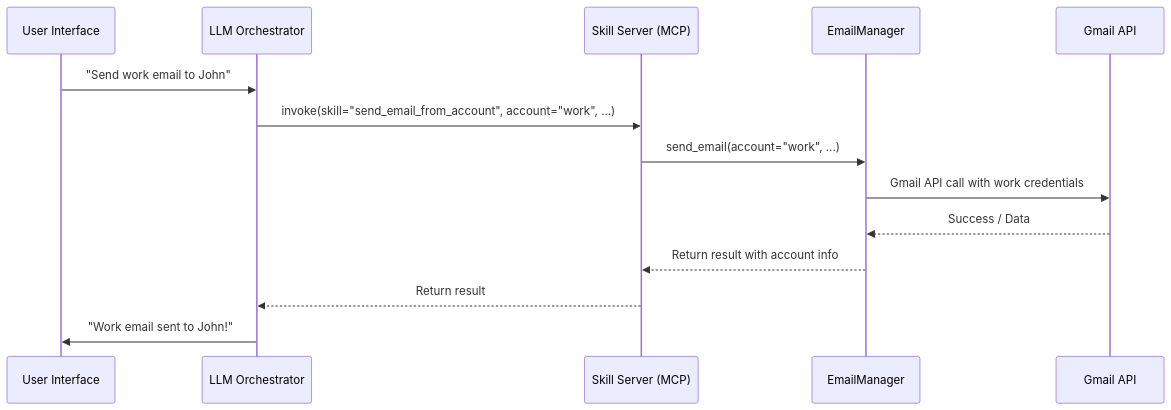
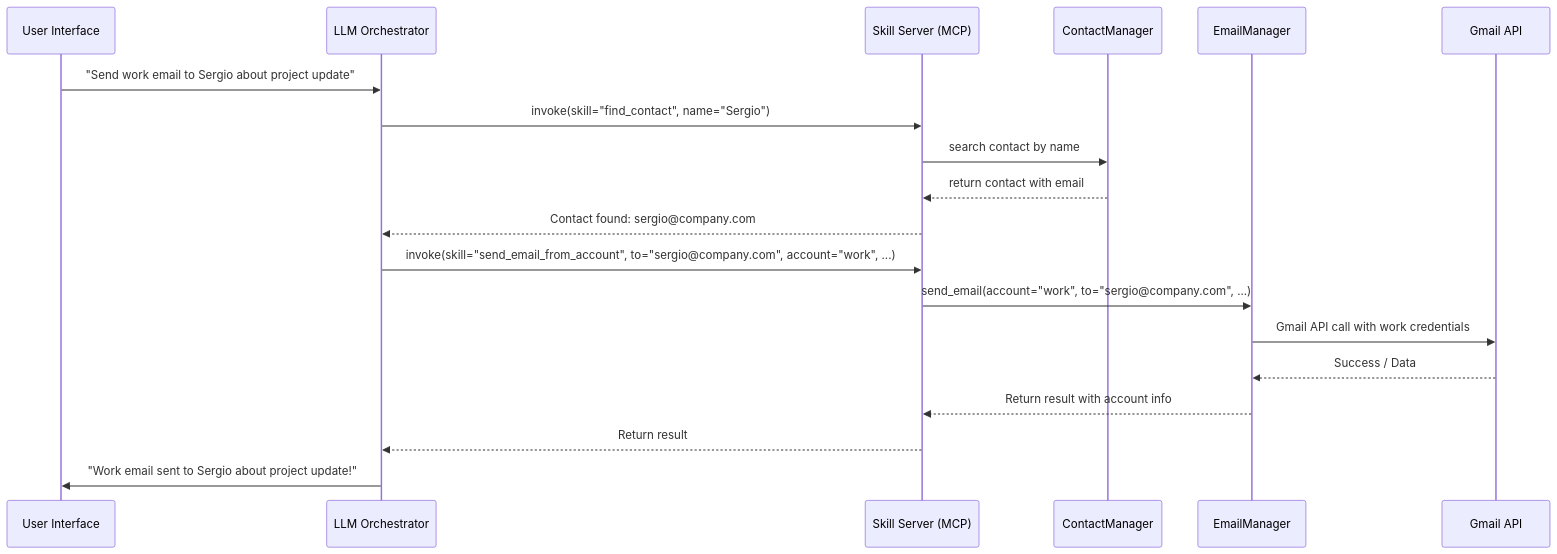
The third of 3 diagrams in ReadMe.md (ZihaoFU245/It-s-Friday-), drawn with Mermaid before and after one commit. The commit also changed other lines of this file, not shown here.

````diff
--- a/ReadMe.md
+++ b/ReadMe.md
@@ -80,17 +98,22 @@
 ```mermaid
 sequenceDiagram
     participant UI as User Interface
     participant LLM as LLM Orchestrator
     participant MCP as Skill Server (MCP)
+    participant CM as ContactManager
     participant EM as EmailManager
     participant Gmail as Gmail API
 
-    UI->>LLM: "Send work email to John"
-    LLM->>MCP: invoke(skill="send_email_from_account", account="work", ...)
-    MCP->>EM: send_email(account="work", ...)
+    UI->>LLM: "Send work email to Sergio about project update"
+    LLM->>MCP: invoke(skill="find_contact", name="Sergio")
+    MCP->>CM: search contact by name
+    CM-->>MCP: return contact with email
+    MCP-->>LLM: Contact found: sergio@company.com
+    LLM->>MCP: invoke(skill="send_email_from_account", to="sergio@company.com", account="work", ...)
+    MCP->>EM: send_email(account="work", to="sergio@company.com", ...)
     EM->>Gmail: Gmail API call with work credentials
     Gmail-->>EM: Success / Data
     EM-->>MCP: Return result with account info
     MCP-->>LLM: Return result
-    LLM->>UI: "Work email sent to John!"
+    LLM->>UI: "Work email sent to Sergio about project update!"
 ```
````
